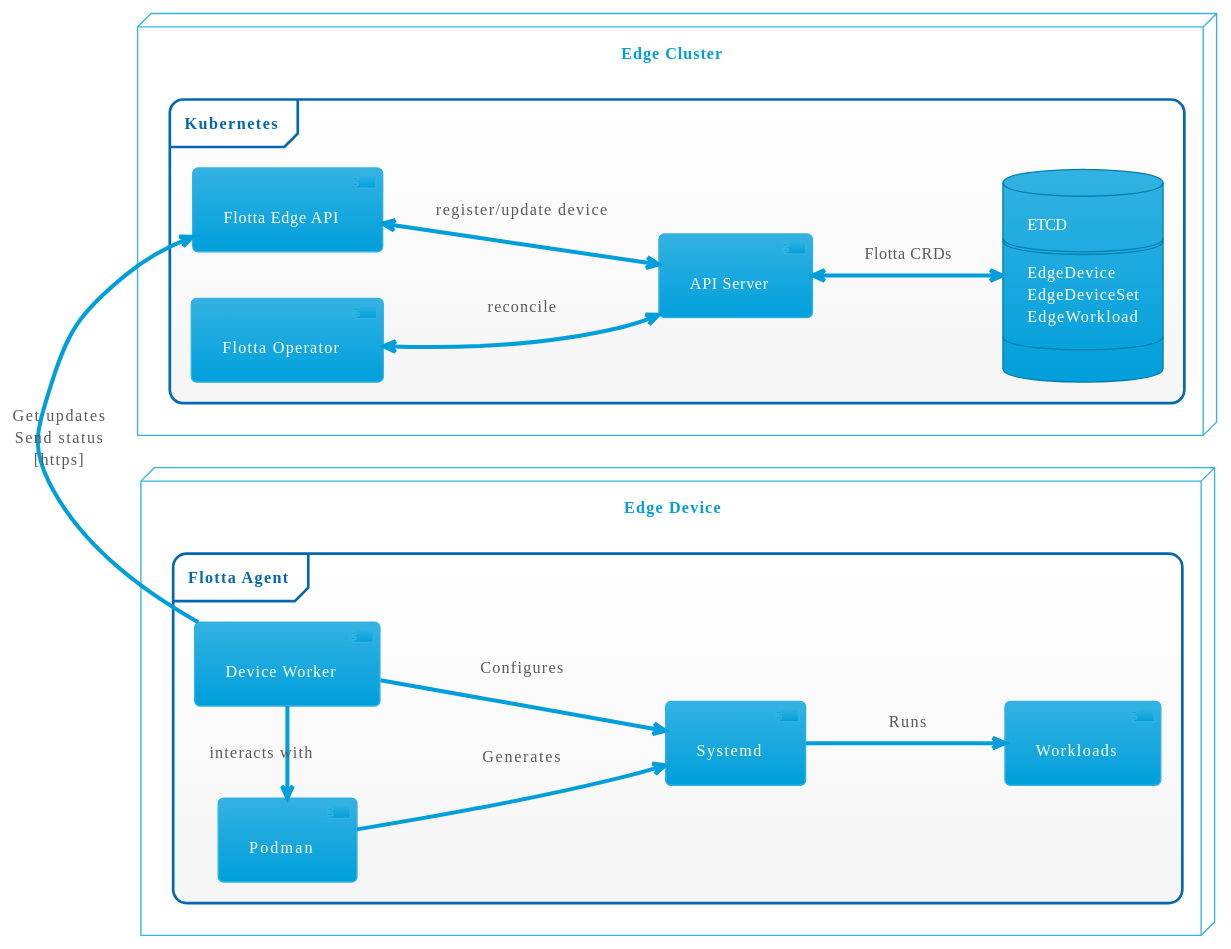
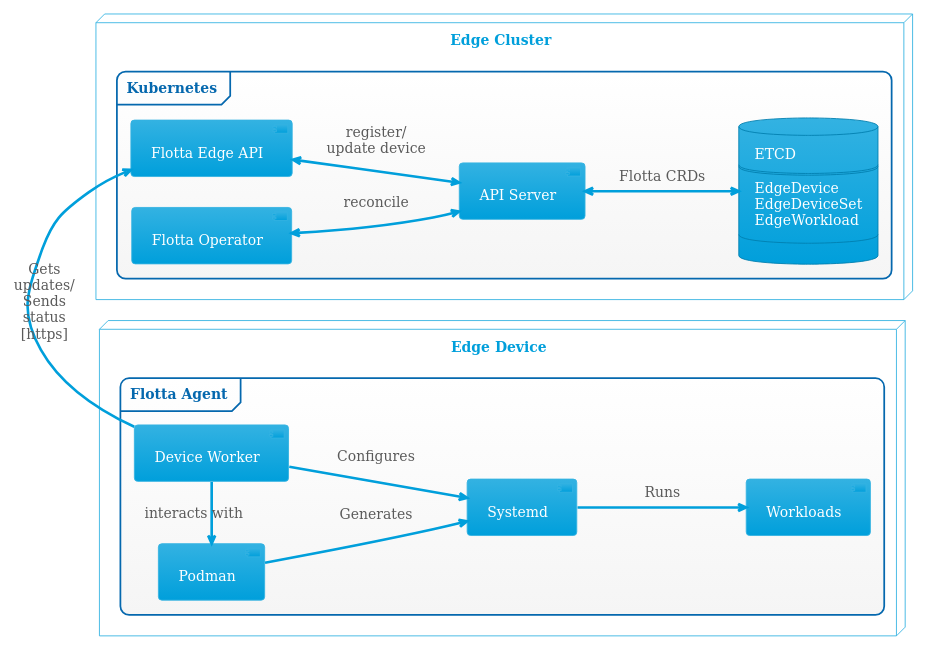
One commit to project-flotta/project-flotta.github.io changed the diagram in documentation/latest/intro/overview.md. Above: the diagram before and after it, drawn with PlantUML.

Commit message:
Render overview diagram to fit the page

```diff
--- a/documentation/latest/intro/overview.md
+++ b/documentation/latest/intro/overview.md
@@ -19,43 +19,48 @@
 {% plantuml %}
 @startuml
 !theme bluegray
+skinparam dpi 65
+skinparam backgroundColor transparent
+skinparam shadowing false
+skinparam defaultFontName DejaVu Serif
+skinparam defaultFontSize 16
+left to right direction
 
 node "Edge Cluster" {
     frame Kubernetes {
         database etcd [
             ETCD
             ====
             EdgeDevice
             EdgeDeviceSet
             EdgeWorkload
             ----
         ]
         component "API Server" as apiserver
         component "Flotta Edge API" as edgeAPI
         component "Flotta Operator" as operator
     }
 }
 
 node "Edge Device" {
     frame "Flotta Agent" as deviceAgent {
-        left to right direction
         component "Device Worker" as device_worker
         component "Podman" as podman
         component "Systemd" as systemd
         component "Workloads" as workloads
     }
 }
 
-device_worker -r--> edgeAPI : Get updates\nSend status\n[https]
+device_worker -r-> edgeAPI : Gets\nupdates/\nSends\nstatus\n[https]
 
 operator <--> apiserver: reconcile
-edgeAPI <--> apiserver: register/update device
+edgeAPI <--> apiserver: register/\nupdate device
 apiserver <--> etcd: "Flotta CRDs"
 
 device_worker --l--> podman : interacts with
 podman --> systemd : Generates
 device_worker --> systemd : Configures
 systemd --> workloads : Runs
 
 @enduml
 {% endplantuml %}
```
